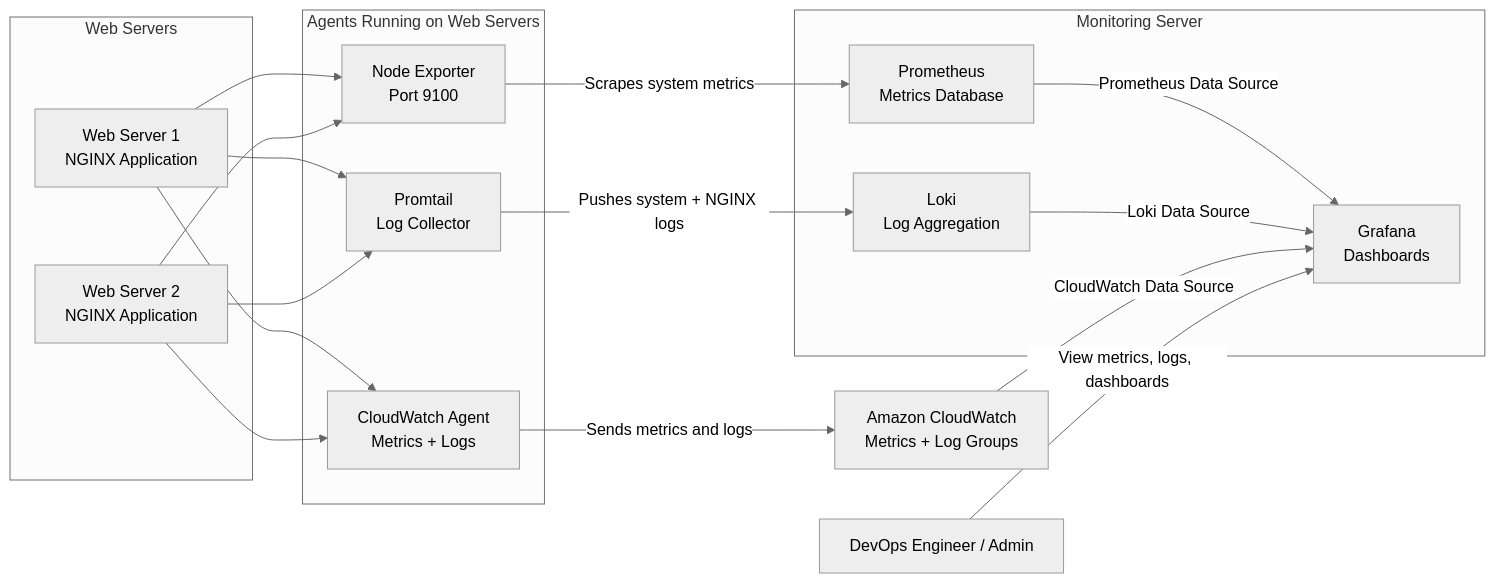
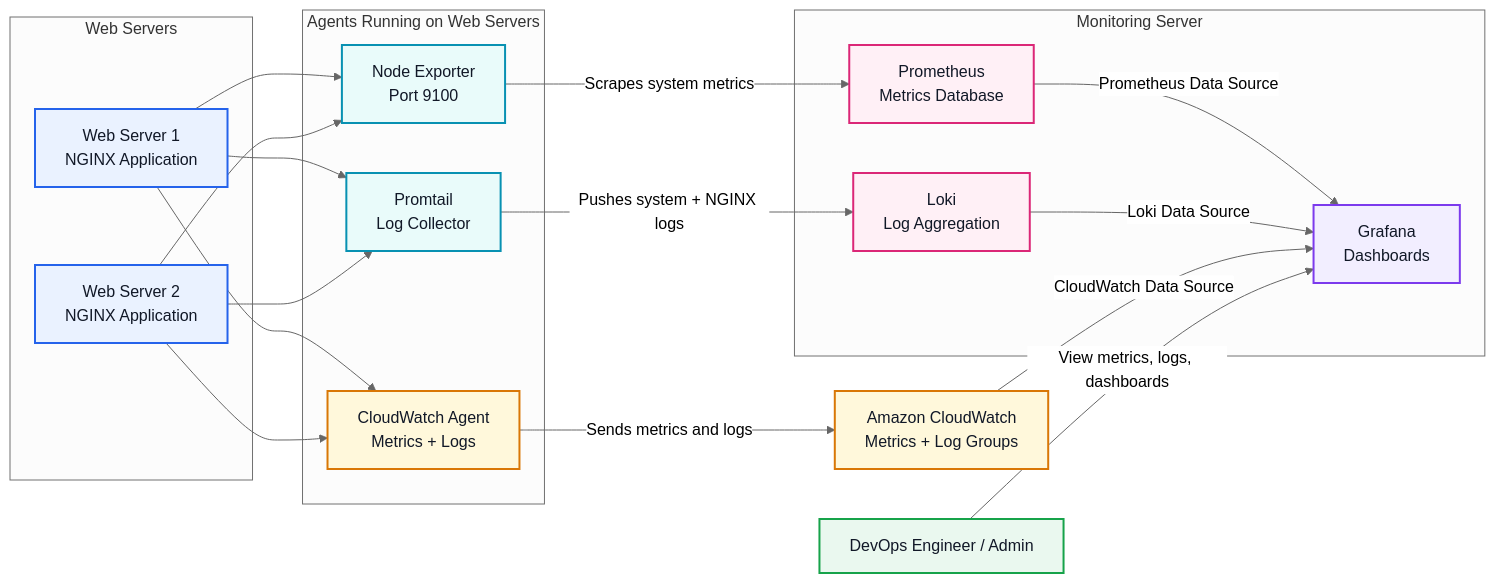
The first of 2 diagrams in README.md (Its-Shiivam22/Cloud-Native-Observability-Platform), drawn with Mermaid (neutral theme) before and after one commit. The commit also changed other lines of this file, not shown here.

````diff
--- a/README.md
+++ b/README.md
@@ -163,4 +163,25 @@
     %% DASHBOARD ACCESS
     %% =========================
     Admin -->|"View metrics, logs, dashboards"| Grafana
+
+    %% =========================
+    %% STYLING
+    %% =========================
+    classDef web fill:#EAF2FF,stroke:#2563EB,stroke-width:2px,color:#111827;
+    classDef agents fill:#E9FBFA,stroke:#0891B2,stroke-width:2px,color:#111827;
+    classDef cw fill:#FFF8DB,stroke:#D97706,stroke-width:2px,color:#111827;
+    classDef monitoring fill:#FFF0F6,stroke:#DB2777,stroke-width:2px,color:#111827;
+    classDef grafana fill:#F2EEFF,stroke:#7C3AED,stroke-width:2px,color:#111827;
+    classDef lambda fill:#FFF4E2,stroke:#EA580C,stroke-width:2px,color:#111827;
+    classDef dev fill:#EAF8EF,stroke:#16A34A,stroke-width:2px,color:#111827;
+    classDef recovery fill:#ECFDF5,stroke:#15803D,stroke-width:2px,color:#111827;
+
+    class WebServer-1,WebServer-2 web;
+    class NodeExporter,Promtail agents;
+    class CWAgent,CloudWatch cw;
+    class Prometheus,Loki monitoring;
+    class Grafana grafana;
+    class Lambda lambda;
+    class Admin dev;
+    class Restart,Healthy recovery;
 ```
````
